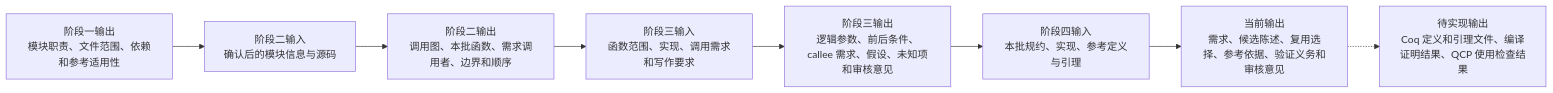
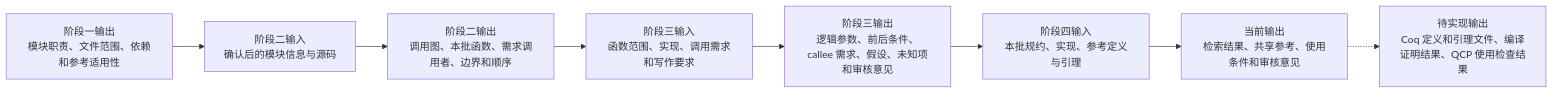
Diagram 11 of 12 in DEVELOPMENT.md (ChsVD/library-spec-tool), drawn with Mermaid before and after one commit. The commit also changed other lines of this file and 7226 other files, not shown here.

````diff
--- a/DEVELOPMENT.md
+++ b/DEVELOPMENT.md
@@ -597,10 +646,10 @@
 ```mermaid
 flowchart LR
     A["阶段一输出<br/>模块职责、文件范围、依赖和参考适用性"] --> B["阶段二输入<br/>确认后的模块信息与源码"]
     B --> C["阶段二输出<br/>调用图、本批函数、需求调用者、边界和顺序"]
     C --> D["阶段三输入<br/>函数范围、实现、调用需求和写作要求"]
     D --> E["阶段三输出<br/>逻辑参数、前后条件、callee 需求、假设、未知项和审核意见"]
     E --> F["阶段四输入<br/>本批规约、实现、参考定义与引理"]
-    F --> G["当前输出<br/>需求、候选陈述、复用选择、参考依据、验证义务和审核意见"]
+    F --> G["当前输出<br/>检索结果、共享参考、使用条件和审核意见"]
     G -.-> H["待实现输出<br/>Coq 定义和引理文件、编译证明结果、QCP 使用检查结果"]
 ```
````
